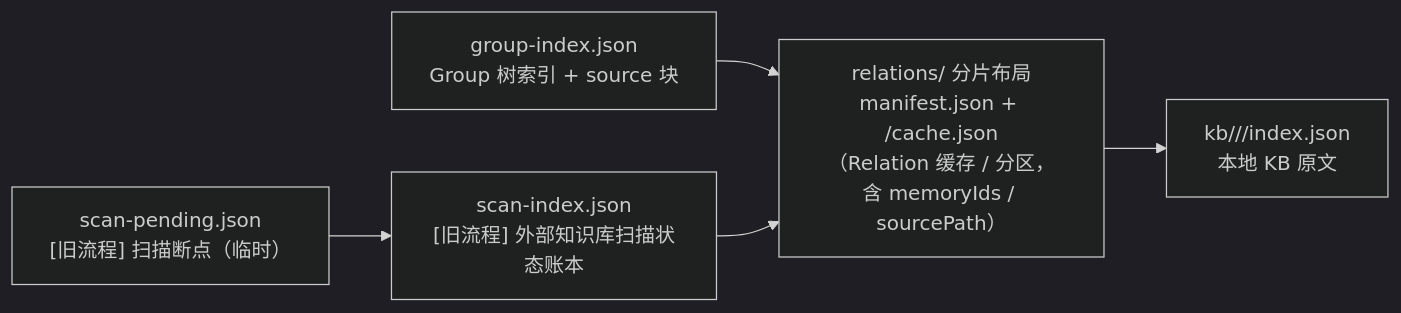
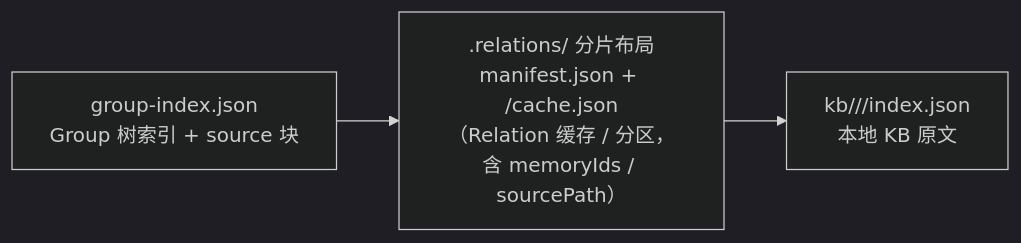
One commit to HACK-WU/kisearch changed the second of 5 diagrams in docs/architecture.md. Above: the diagram before and after it, drawn with Mermaid (dark theme). The commit also changed other lines of this file and 22 other files, not shown here.

````diff
--- a/docs/architecture.md
+++ b/docs/architecture.md
@@ -38,13 +38,9 @@
 ```mermaid
 flowchart LR
     GI["group-index.json<br/>Group 树索引 + source 块"]
-    RC["relations/ 分片布局<br/>manifest.json + <groupPath>/cache.json<br/>（Relation 缓存 / 分区，含 memoryIds / sourcePath）"]
+    RC[".relations/ 分片布局<br/>manifest.json + <groupPath>/cache.json<br/>（Relation 缓存 / 分区，含 memoryIds / sourcePath）"]
     KB["kb/<scope>/<group>/index.json<br/>本地 KB 原文"]
-    SI["scan-index.json<br/>[旧流程] 外部知识库扫描状态账本"]
-    SP["scan-pending.json<br/>[旧流程] 扫描断点（临时）"]
 
     GI --> RC
     RC --> KB
-    SI --> RC
-    SP --> SI
 ```
````
